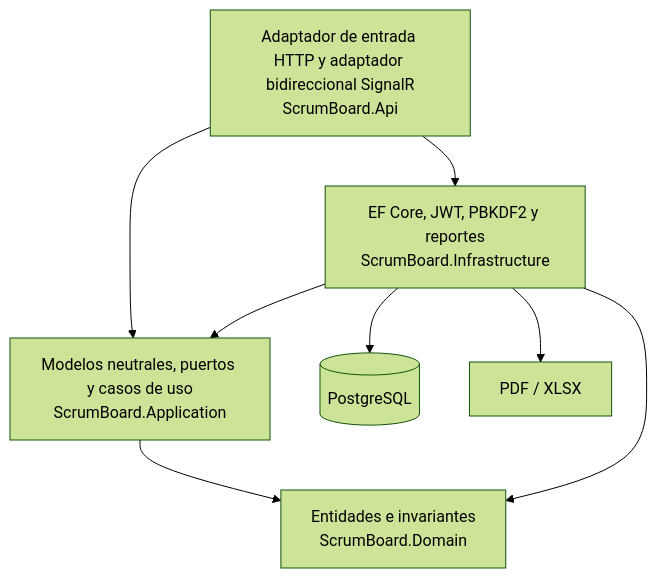
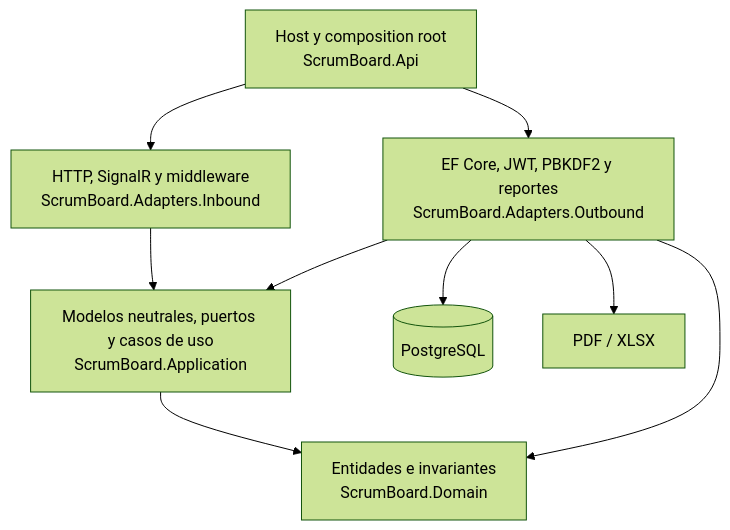
The second of 3 diagrams in docs/architecture.md (DRTX2/scrumboard), drawn with Mermaid (forest theme) before and after one commit. The commit also changed other lines of this file and 1 other file, not shown here.

Commit message:
docs: describe hexagonal project boundaries

````diff
--- a/docs/architecture.md
+++ b/docs/architecture.md
@@ -34,17 +34,19 @@
 ```mermaid
 flowchart TB
-    HTTP[Adaptador de entrada HTTP y adaptador bidireccional SignalR\nScrumBoard.Api]
+    HOST[Host y composition root\nScrumBoard.Api]
+    IN[HTTP, SignalR y middleware\nScrumBoard.Adapters.Inbound]
     APP[Modelos neutrales, puertos y casos de uso\nScrumBoard.Application]
     DOMAIN[Entidades e invariantes\nScrumBoard.Domain]
-    INFRA[EF Core, JWT, PBKDF2 y reportes\nScrumBoard.Infrastructure]
+    OUT[EF Core, JWT, PBKDF2 y reportes\nScrumBoard.Adapters.Outbound]
     PG[(PostgreSQL)]
     FILES[PDF / XLSX]
 
-    HTTP --> APP
+    HOST --> IN
+    HOST --> OUT
+    IN --> APP
     APP --> DOMAIN
-    INFRA --> APP
-    INFRA --> DOMAIN
-    HTTP --> INFRA
-    INFRA --> PG
-    INFRA --> FILES
+    OUT --> APP
+    OUT --> DOMAIN
+    OUT --> PG
+    OUT --> FILES
 ```
````
